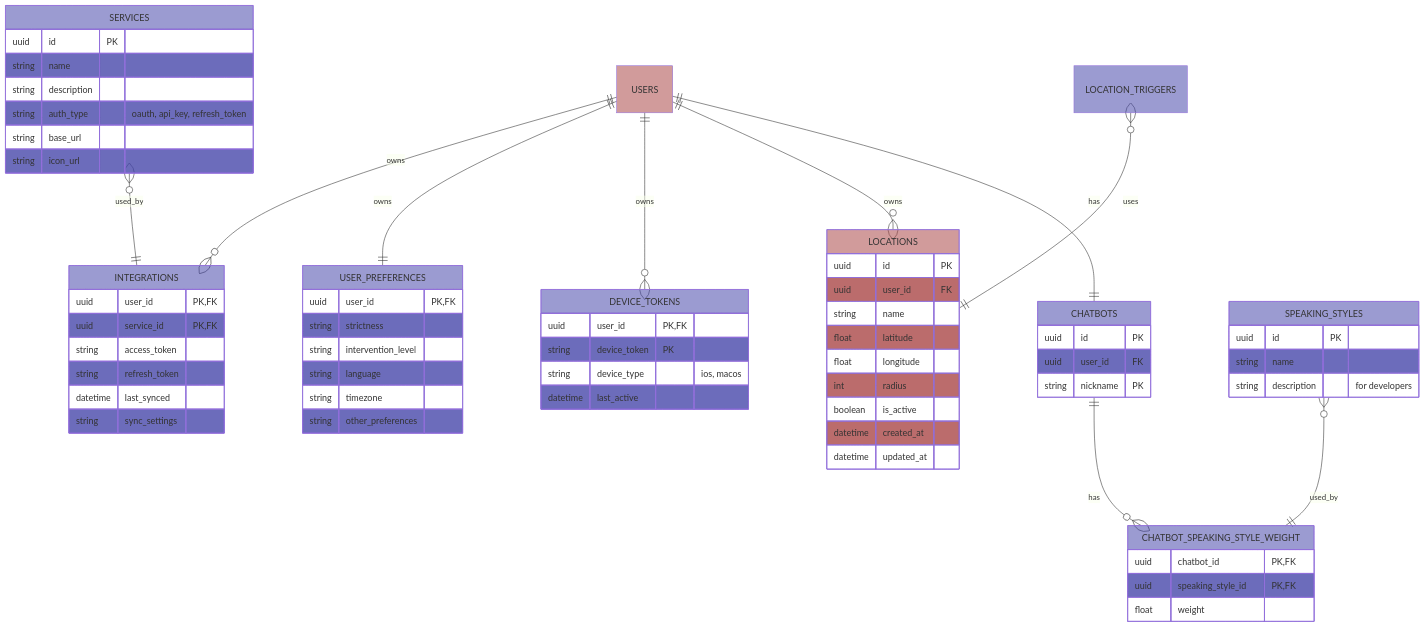
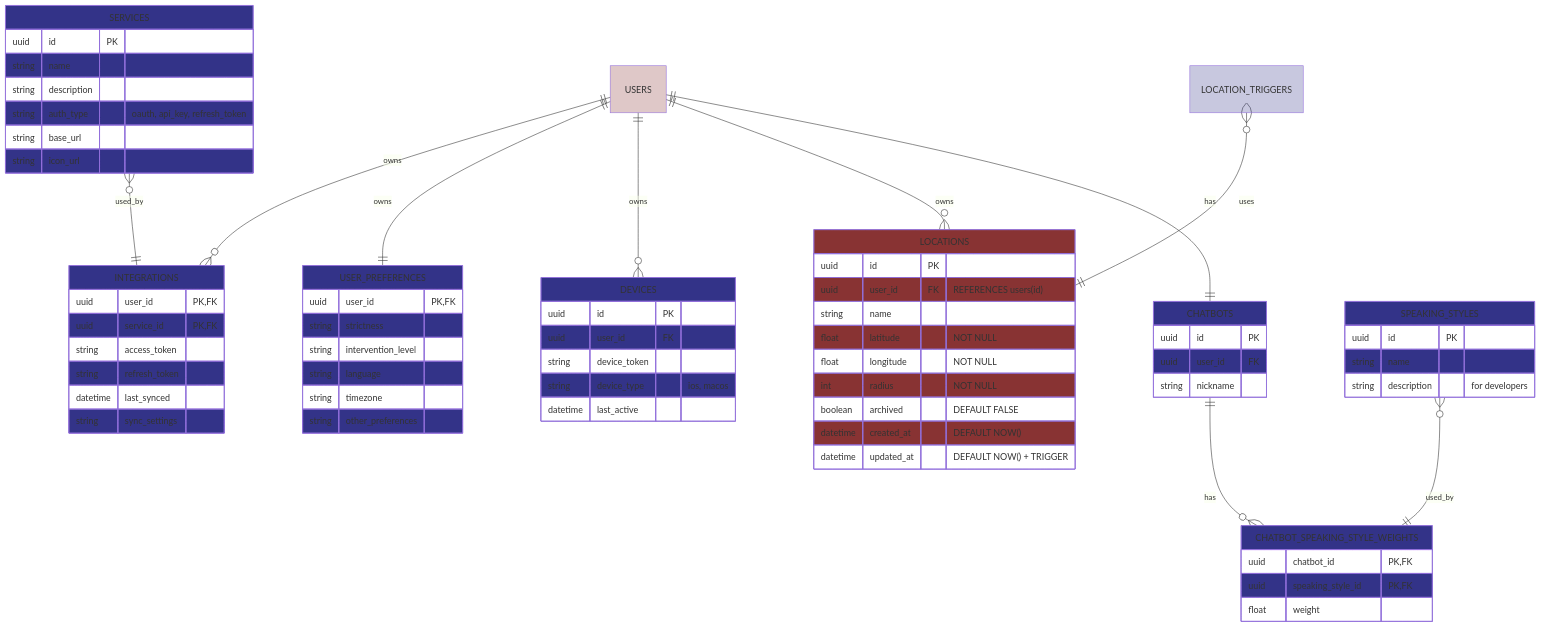
One commit to hadiahmad06/jiko changed the third of 4 diagrams in backend/docs/erdiagram.md. Above: the diagram before and after it, drawn with Mermaid. The commit also changed other lines of this file and 3 other files, not shown here.

Commit message:
backend: docs: updated er diagrama and routes diagram, will reflect

````diff
--- a/backend/docs/erdiagram.md
+++ b/backend/docs/erdiagram.md
@@ -141,7 +147,7 @@
 
     USERS:::postgres
 
-    USER_PREFERENCES:::dynamodb {
+    USER_PREFERENCES:::dynamodb_ {
         uuid user_id PK, FK
         string strictness
         string intervention_level
@@ -150,7 +156,7 @@
         string other_preferences
     }
 
-    SERVICES:::dynamodb {
+    SERVICES:::dynamodb_ {
         uuid id PK
         string name
         string description
@@ -159,7 +165,7 @@
         string icon_url
     }
 
-    INTEGRATIONS:::dynamodb {
+    INTEGRATIONS:::dynamodb_ {
         uuid user_id PK, FK
         uuid service_id PK, FK
         string access_token
@@ -168,40 +174,41 @@
         string sync_settings
     }
 
-    LOCATIONS:::postgres {
+    LOCATIONS:::postgres_ {
         uuid id PK
-        uuid user_id FK
+        uuid user_id FK "REFERENCES users(id)"
         string name
-        float latitude
-        float longitude
-        int radius
-        boolean is_active
-        datetime created_at
-        datetime updated_at
+        float latitude "NOT NULL"
+        float longitude "NOT NULL"
+        int radius "NOT NULL"
+        boolean archived "DEFAULT FALSE"
+        datetime created_at "DEFAULT NOW()"
+        datetime updated_at "DEFAULT NOW() + TRIGGER"
     }
 
     LOCATION_TRIGGERS:::dynamodb
 
-    DEVICE_TOKENS:::dynamodb {
-        uuid user_id PK, FK
-        string device_token PK
+    DEVICES:::dynamodb_ {
+        uuid id PK
+        uuid user_id FK
+        string device_token
         string device_type "ios, macos"
         datetime last_active
     }
 
-    CHATBOTS:::dynamodb {
+    CHATBOTS:::dynamodb_ {
         uuid id PK
         uuid user_id FK
-        string nickname PK
+        string nickname
     }
 
-    CHATBOT_SPEAKING_STYLE_WEIGHT:::dynamodb {
+    CHATBOT_SPEAKING_STYLE_WEIGHTS:::dynamodb_ {
         uuid chatbot_id PK, FK
         uuid speaking_style_id PK, FK
         float weight 
     }
 
-    SPEAKING_STYLES:::dynamodb {
+    SPEAKING_STYLES:::dynamodb_ {
         uuid id PK
         string name
         string description "for developers"
@@ -209,17 +216,19 @@
     
     USERS ||--o{ INTEGRATIONS : "owns"
     USERS ||--|| USER_PREFERENCES : "owns"
-    USERS ||--o{ DEVICE_TOKENS : "owns"
+    USERS ||--o{ DEVICES : "owns"
     SERVICES }o--|| INTEGRATIONS : "used_by"
 
     USERS ||--o{ LOCATIONS : "owns"
     USERS ||--|| CHATBOTS : "has"
 
-    CHATBOTS ||--o{ CHATBOT_SPEAKING_STYLE_WEIGHT : "has"
-    SPEAKING_STYLES }o--|| CHATBOT_SPEAKING_STYLE_WEIGHT : "used_by"
+    CHATBOTS ||--o{ CHATBOT_SPEAKING_STYLE_WEIGHTS : "has"
+    SPEAKING_STYLES }o--|| CHATBOT_SPEAKING_STYLE_WEIGHTS : "used_by"
 
     LOCATION_TRIGGERS }o--|| LOCATIONS : "uses"
 
-    classDef postgres fill:#a448
-    classDef dynamodb fill:#44a8
+    classDef postgres fill:#8334
+    classDef dynamodb fill:#3384
+    classDef postgres_ fill:#833
+    classDef dynamodb_ fill:#338
 ```
````
